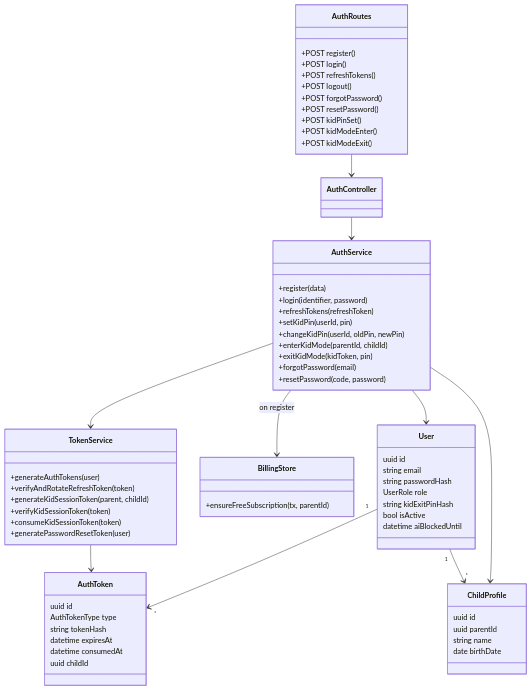
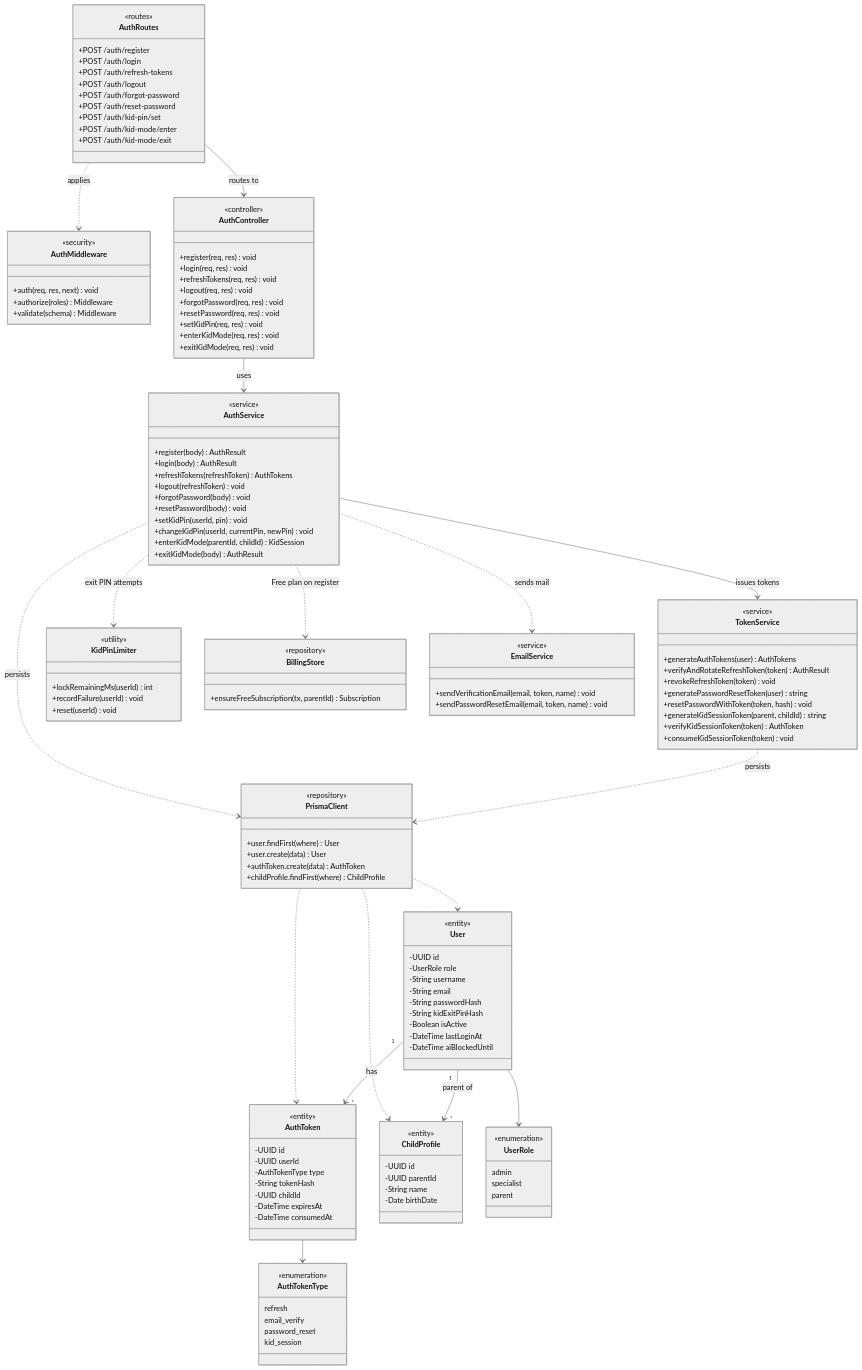
The diagram in docs/diagrams/sdd/3.1-auth-class.mmd (SEP490-GFA26SE186/BE), drawn with Mermaid before and after one commit. The commit also changed 46 other files, not shown here.

First line of the commit message:
Refactor class diagrams and sequence diagrams for monitoring, publishing, and withdrawals

```diff
--- a/docs/diagrams/sdd/3.1-auth-class.mmd
+++ b/docs/diagrams/sdd/3.1-auth-class.mmd
@@ -1,67 +1,138 @@
+%%{init: {"theme": "neutral", "themeVariables": {"fontFamily": "Arial"}}}%%
 classDiagram
+  direction TB
   class AuthRoutes {
-    +POST register()
-    +POST login()
-    +POST refreshTokens()
-    +POST logout()
-    +POST forgotPassword()
-    +POST resetPassword()
-    +POST kidPinSet()
-    +POST kidModeEnter()
-    +POST kidModeExit()
+    <<routes>>
+    +POST /auth/register
+    +POST /auth/login
+    +POST /auth/refresh-tokens
+    +POST /auth/logout
+    +POST /auth/forgot-password
+    +POST /auth/reset-password
+    +POST /auth/kid-pin/set
+    +POST /auth/kid-mode/enter
+    +POST /auth/kid-mode/exit
   }
-  class AuthController
+  class AuthMiddleware {
+    <<security>>
+    +auth(req, res, next) void
+    +authorize(roles) Middleware
+    +validate(schema) Middleware
+  }
+  class AuthController {
+    <<controller>>
+    +register(req, res) void
+    +login(req, res) void
+    +refreshTokens(req, res) void
+    +logout(req, res) void
+    +forgotPassword(req, res) void
+    +resetPassword(req, res) void
+    +setKidPin(req, res) void
+    +enterKidMode(req, res) void
+    +exitKidMode(req, res) void
+  }
   class AuthService {
-    +register(data)
-    +login(identifier, password)
-    +refreshTokens(refreshToken)
-    +setKidPin(userId, pin)
-    +changeKidPin(userId, oldPin, newPin)
-    +enterKidMode(parentId, childId)
-    +exitKidMode(kidToken, pin)
-    +forgotPassword(email)
-    +resetPassword(code, password)
+    <<service>>
+    +register(body) AuthResult
+    +login(body) AuthResult
+    +refreshTokens(refreshToken) AuthTokens
+    +logout(refreshToken) void
+    +forgotPassword(body) void
+    +resetPassword(body) void
+    +setKidPin(userId, pin) void
+    +changeKidPin(userId, currentPin, newPin) void
+    +enterKidMode(parentId, childId) KidSession
+    +exitKidMode(body) AuthResult
   }
   class TokenService {
-    +generateAuthTokens(user)
-    +verifyAndRotateRefreshToken(token)
-    +generateKidSessionToken(parent, childId)
-    +verifyKidSessionToken(token)
-    +consumeKidSessionToken(token)
-    +generatePasswordResetToken(user)
+    <<service>>
+    +generateAuthTokens(user) AuthTokens
+    +verifyAndRotateRefreshToken(token) AuthResult
+    +revokeRefreshToken(token) void
+    +generatePasswordResetToken(user) string
+    +resetPasswordWithToken(token, hash) void
+    +generateKidSessionToken(parent, childId) string
+    +verifyKidSessionToken(token) AuthToken
+    +consumeKidSessionToken(token) void
+  }
+  class KidPinLimiter {
+    <<utility>>
+    +lockRemainingMs(userId) int
+    +recordFailure(userId) void
+    +reset(userId) void
   }
   class BillingStore {
-    +ensureFreeSubscription(tx, parentId)
+    <<repository>>
+    +ensureFreeSubscription(tx, parentId) Subscription
+  }
+  class EmailService {
+    <<service>>
+    +sendVerificationEmail(email, token, name) void
+    +sendPasswordResetEmail(email, token, name) void
+  }
+  class PrismaClient {
+    <<repository>>
+    +user.findFirst(where) User
+    +user.create(data) User
+    +authToken.create(data) AuthToken
+    +childProfile.findFirst(where) ChildProfile
   }
   class User {
-    uuid id
-    string email
-    string passwordHash
-    UserRole role
-    string kidExitPinHash
-    bool isActive
-    datetime aiBlockedUntil
+    <<entity>>
+    -UUID id
+    -UserRole role
+    -String username
+    -String email
+    -String passwordHash
+    -String kidExitPinHash
+    -Boolean isActive
+    -DateTime lastLoginAt
+    -DateTime aiBlockedUntil
   }
   class AuthToken {
-    uuid id
-    AuthTokenType type
-    string tokenHash
-    datetime expiresAt
-    datetime consumedAt
-    uuid childId
+    <<entity>>
+    -UUID id
+    -UUID userId
+    -AuthTokenType type
+    -String tokenHash
+    -UUID childId
+    -DateTime expiresAt
+    -DateTime consumedAt
   }
   class ChildProfile {
-    uuid id
-    uuid parentId
-    string name
-    date birthDate
+    <<entity>>
+    -UUID id
+    -UUID parentId
+    -String name
+    -Date birthDate
   }
-  AuthRoutes --> AuthController
-  AuthController --> AuthService
-  AuthService --> TokenService
-  AuthService --> BillingStore : on register
-  TokenService --> AuthToken
-  AuthService --> User
-  AuthService --> ChildProfile
-  User "1" --> "*" AuthToken
-  User "1" --> "*" ChildProfile
+  class UserRole {
+    <<enumeration>>
+    admin
+    specialist
+    parent
+  }
+  class AuthTokenType {
+    <<enumeration>>
+    refresh
+    email_verify
+    password_reset
+    kid_session
+  }
+
+  AuthRoutes ..> AuthMiddleware : applies
+  AuthRoutes --> AuthController : routes to
+  AuthController --> AuthService : uses
+  AuthService --> TokenService : issues tokens
+  AuthService ..> KidPinLimiter : exit PIN attempts
+  AuthService ..> BillingStore : Free plan on register
+  AuthService ..> EmailService : sends mail
+  AuthService ..> PrismaClient : persists
+  TokenService ..> PrismaClient : persists
+  PrismaClient ..> User
+  PrismaClient ..> AuthToken
+  PrismaClient ..> ChildProfile
+  User "1" --> "*" AuthToken : has
+  User "1" --> "*" ChildProfile : parent of
+  User --> UserRole
+  AuthToken --> AuthTokenType
```
